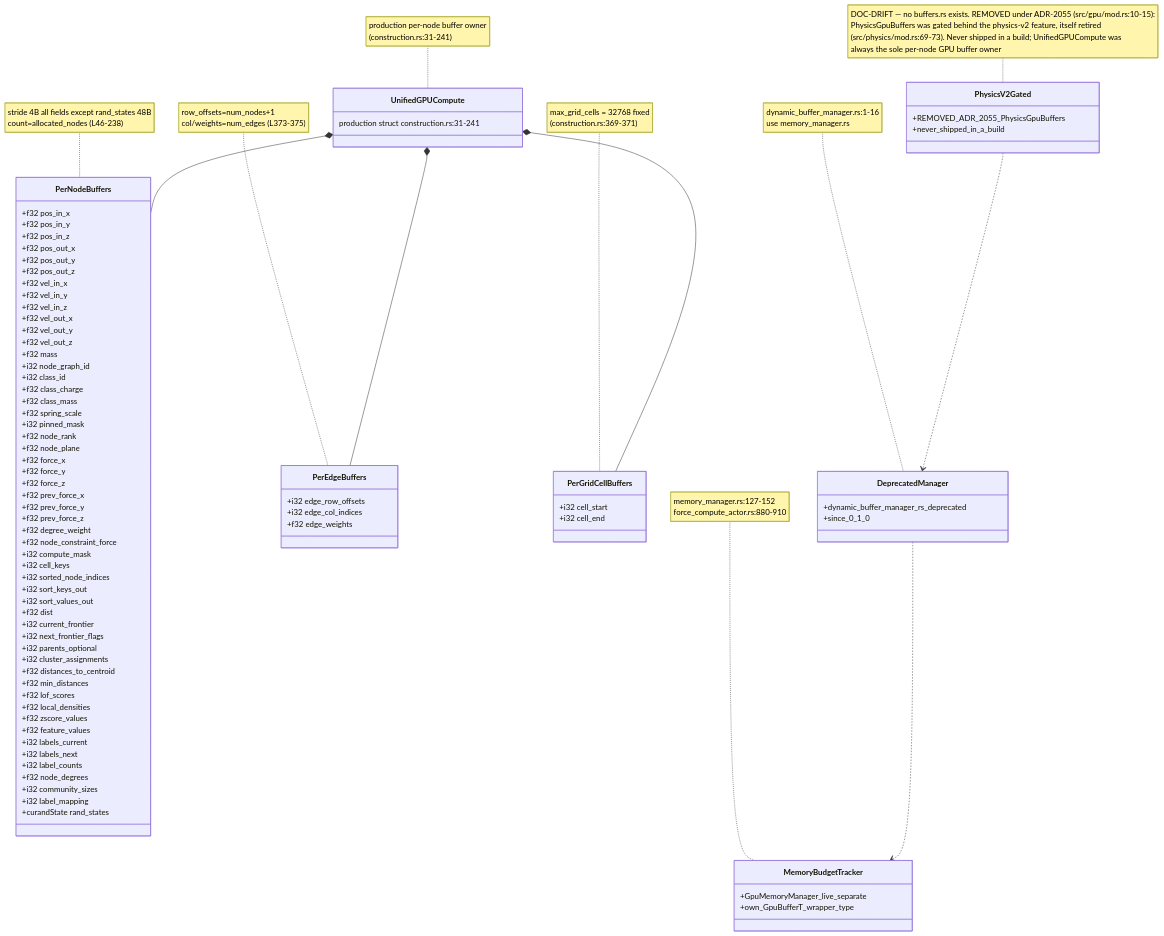
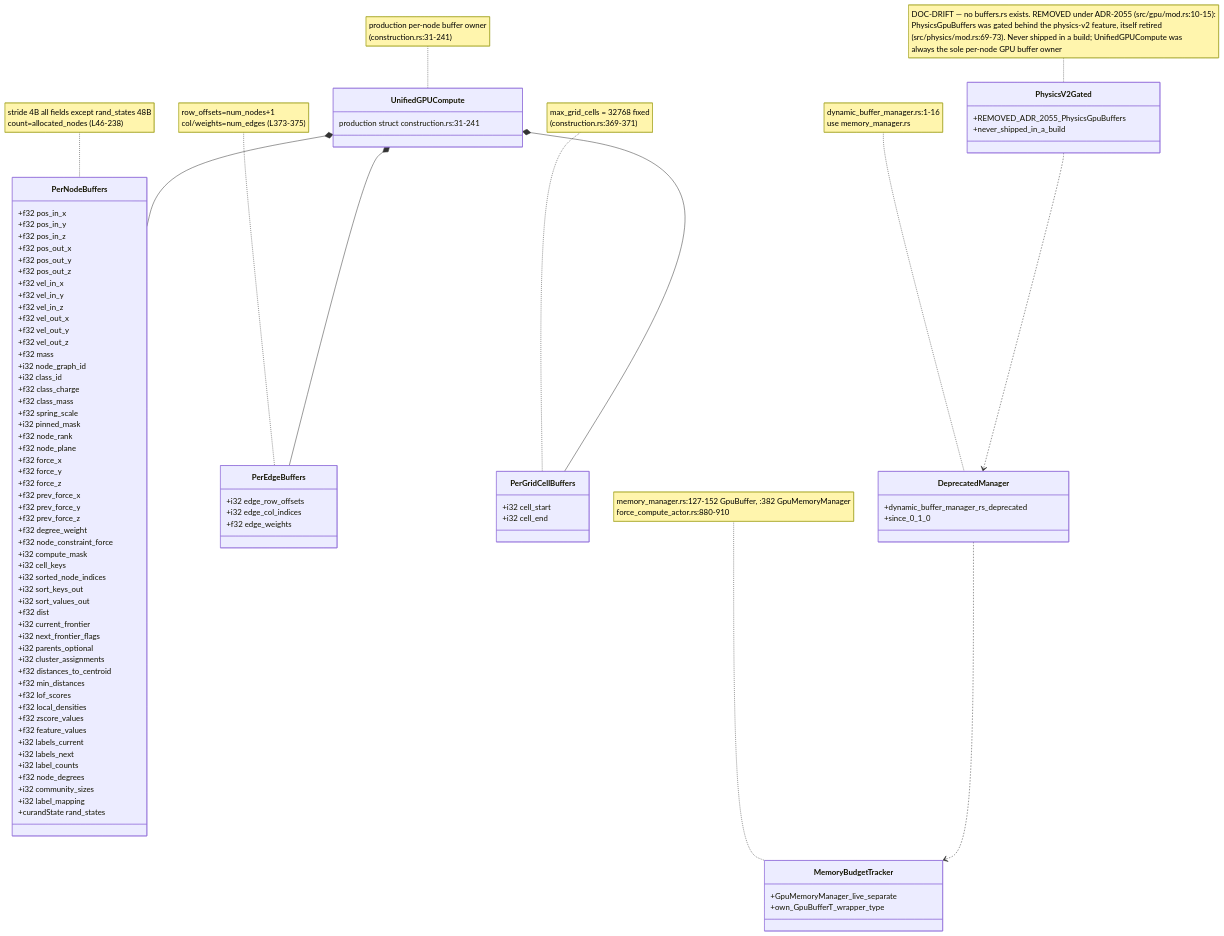
One commit to DreamLab-AI/VisionFlow changed the third of 7 diagrams in docs/diagrams/visionclaw/12-simparams-abi-and-ptx.md. Above: the diagram before and after it, drawn with Mermaid. The commit also changed other lines of this file and 94 other files, not shown here.

First line of the commit message:
docs(diagrams): re-verify 130 topics against 2 October HEADs

````diff
--- a/docs/diagrams/visionclaw/12-simparams-abi-and-ptx.md
+++ b/docs/diagrams/visionclaw/12-simparams-abi-and-ptx.md
@@ -237,5 +237,5 @@
     note for UnifiedGPUCompute "production per-node buffer owner<br/>(construction.rs:31-241)"
     note for PhysicsV2Gated "DOC-DRIFT — no buffers.rs exists. REMOVED under ADR-2055 (src/gpu/mod.rs:10-15):<br/>PhysicsGpuBuffers was gated behind the physics-v2 feature, itself retired<br/>(src/physics/mod.rs:69-73). Never shipped in a build; UnifiedGPUCompute was<br/>always the sole per-node GPU buffer owner"
     note for DeprecatedManager "dynamic_buffer_manager.rs:1-16<br/>use memory_manager.rs"
-    note for MemoryBudgetTracker "memory_manager.rs:127-152<br/>force_compute_actor.rs:880-910"
+    note for MemoryBudgetTracker "memory_manager.rs:127-152 GpuBuffer, :382 GpuMemoryManager<br/>force_compute_actor.rs:880-910"
 ```
````
